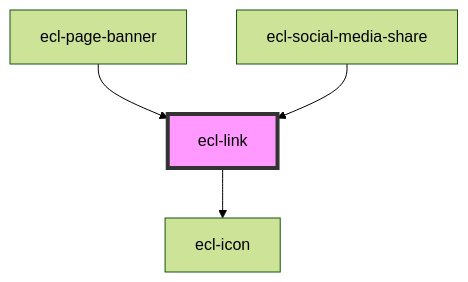
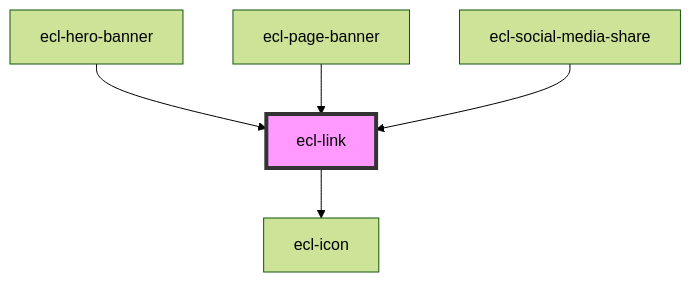
One commit to ec-europa/ecl-webcomponents changed the diagram in src/components/ecl-link/readme.md. Above: the diagram before and after it, drawn with Mermaid (forest theme). The commit also changed other lines of this file and 12 other files, not shown here.

Commit message:
chore(web-components): Adding hero banner

````diff
--- a/src/components/ecl-link/readme.md
+++ b/src/components/ecl-link/readme.md
@@ -32,7 +33,8 @@
 ```mermaid
 graph TD;
   ecl-link --> ecl-icon
+  ecl-hero-banner --> ecl-link
   ecl-page-banner --> ecl-link
   ecl-social-media-share --> ecl-link
   style ecl-link fill:#f9f,stroke:#333,stroke-width:4px
 ```
````
